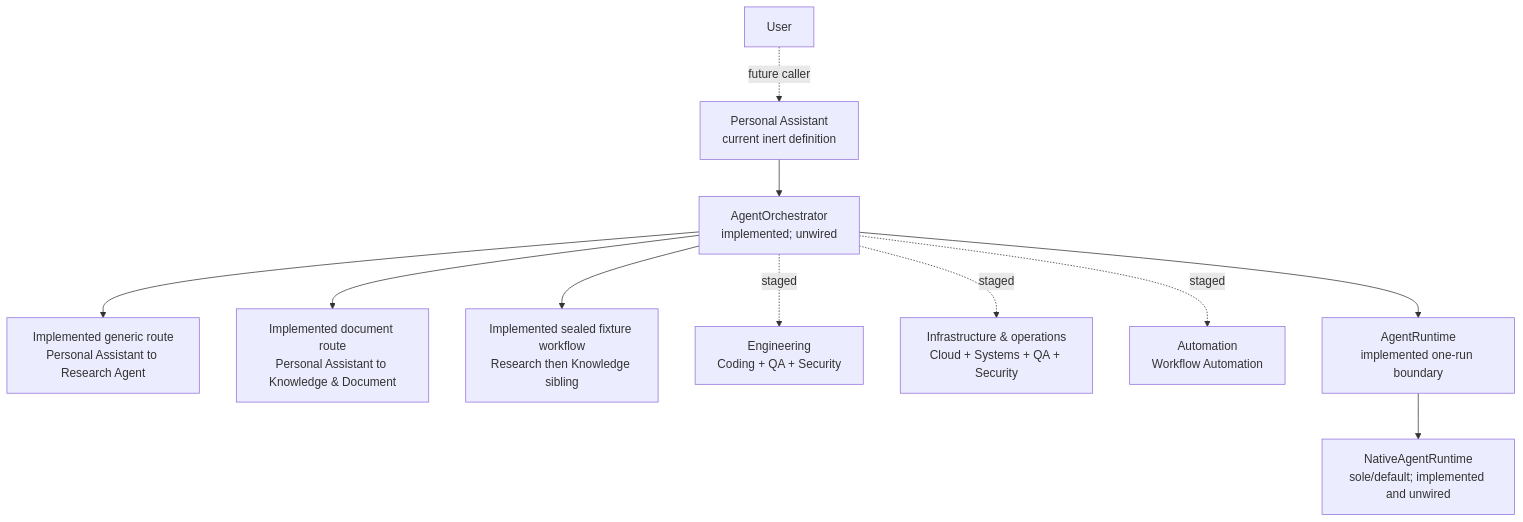
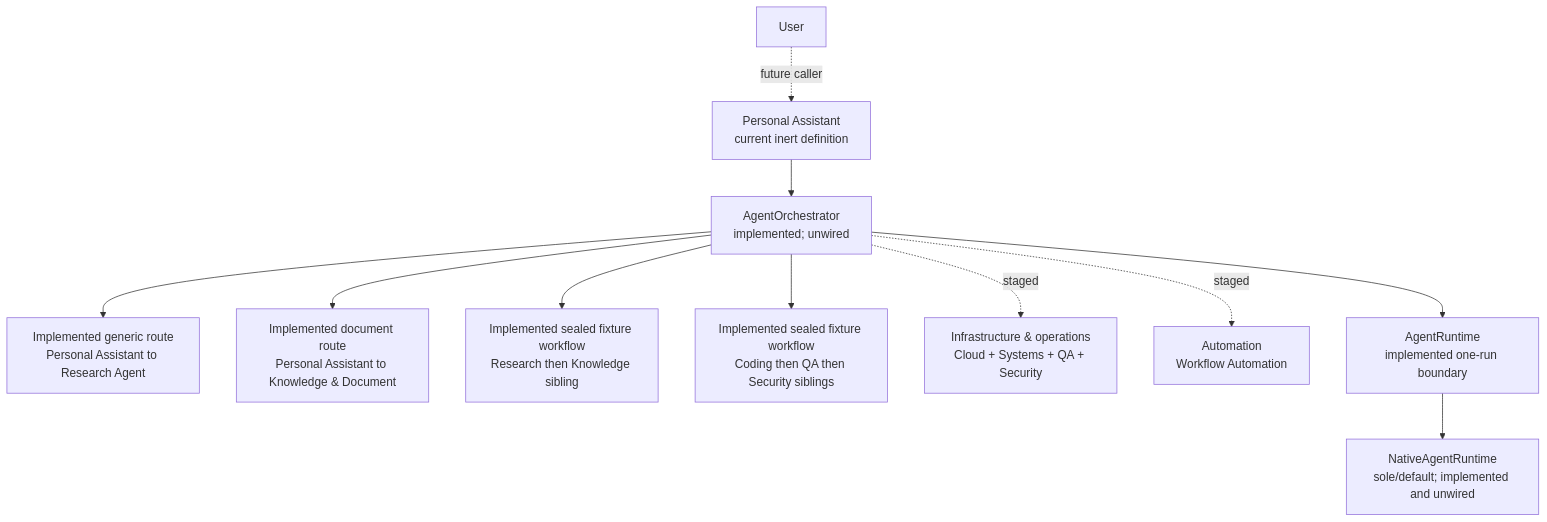
One commit to SillyRbbit/ai-agent-assistant changed the fourth of 5 diagrams in ARCHITECTURE.md. Above: the diagram before and after it, drawn with Mermaid. The commit also changed other lines of this file and 25 other files, not shown here.

Commit message:
feat(agent): add fixture engineering workflow

````diff
--- a/ARCHITECTURE.md
+++ b/ARCHITECTURE.md
@@ -199,13 +199,13 @@
 ```mermaid
 flowchart TD
     User["User"] -. "future caller" .-> Personal["Personal Assistant<br/>current inert definition"]
     Personal --> Orchestrator["AgentOrchestrator<br/>implemented; unwired"]
     Orchestrator --> Research["Implemented generic route<br/>Personal Assistant to Research Agent"]
     Orchestrator --> Knowledge["Implemented document route<br/>Personal Assistant to Knowledge & Document"]
     Orchestrator --> ResearchKnowledge["Implemented sealed fixture workflow<br/>Research then Knowledge sibling"]
-    Orchestrator -. staged .-> Engineering["Engineering<br/>Coding + QA + Security"]
+    Orchestrator --> Engineering["Implemented sealed fixture workflow<br/>Coding then QA then Security siblings"]
     Orchestrator -. staged .-> Operations["Infrastructure & operations<br/>Cloud + Systems + QA + Security"]
     Orchestrator -. staged .-> Automation["Automation<br/>Workflow Automation"]
     Orchestrator --> Runtime["AgentRuntime<br/>implemented one-run boundary"]
     Runtime --> Native["NativeAgentRuntime<br/>sole/default; implemented and unwired"]
 ```
````
